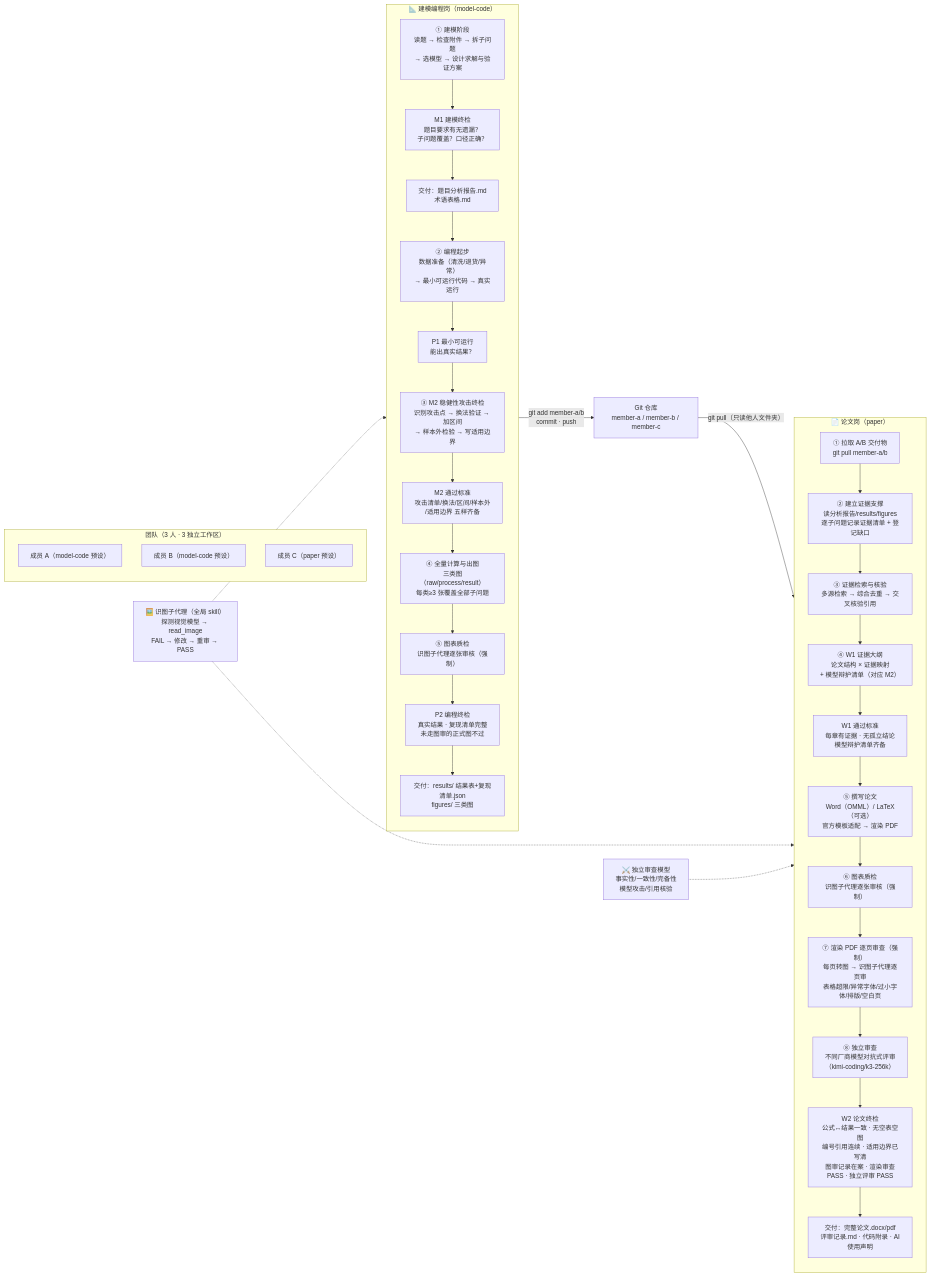
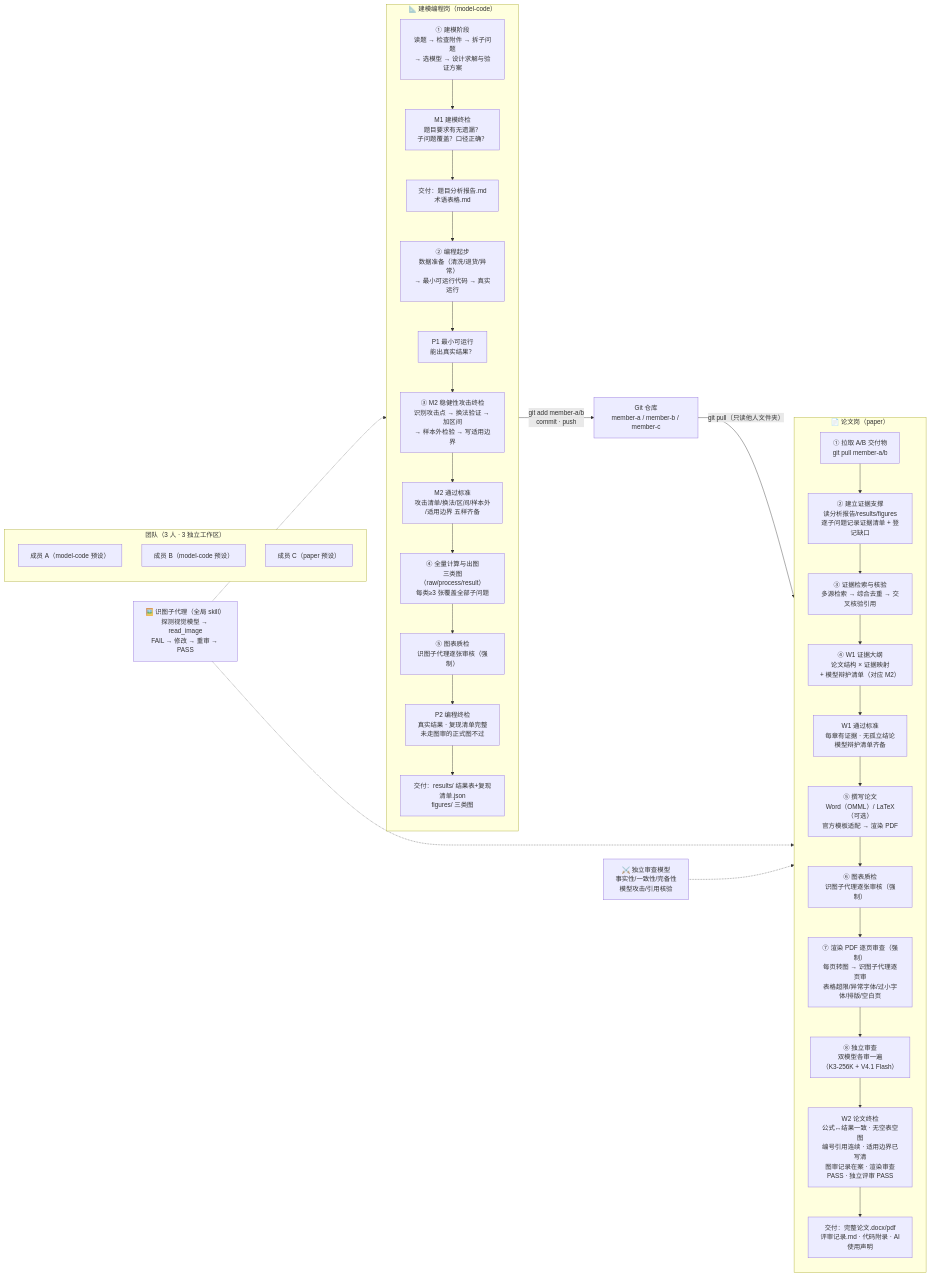
One commit to OrinVoss/dsh-math-team changed the diagram in README.md. Above: the diagram before and after it, drawn with Mermaid. The commit also changed other lines of this file and 1 other file, not shown here.

````diff
--- a/README.md
+++ b/README.md
@@ -106,49 +119,49 @@
 ```mermaid
 flowchart LR
     subgraph team["团队（3 人 · 3 独立工作区）"]
         direction TB
         A["成员 A（model-code 预设）"]
         B["成员 B（model-code 预设）"]
         C["成员 C（paper 预设）"]
     end
 
     subgraph mc["📐 建模编程岗（model-code）"]
         direction TB
         S1["① 建模阶段<br/>读题 → 检查附件 → 拆子问题<br/>→ 选模型 → 设计求解与验证方案"]
         G1["M1 建模终检<br/>题目要求有无遗漏？<br/>子问题覆盖？口径正确？"]
         D1["交付：题目分析报告.md<br/>术语表格.md"]
         S2["② 编程起步<br/>数据准备（清洗/退货/异常）<br/>→ 最小可运行代码 → 真实运行"]
         G2["P1 最小可运行<br/>能出真实结果？"]
         S3["③ M2 稳健性攻击终检<br/>识别攻击点 → 换法验证 → 加区间<br/>→ 样本外检验 → 写适用边界"]
         G3["M2 通过标准<br/>攻击清单/换法/区间/样本外<br/>/适用边界 五样齐备"]
         S4["④ 全量计算与出图<br/>三类图（raw/process/result）<br/>每类≥3 张覆盖全部子问题"]
         S5["⑤ 图表质检<br/>识图子代理逐张审核（强制）"]
         G4["P2 编程终检<br/>真实结果 · 复现清单完整<br/>未走图审的正式图不过"]
         D2["交付：results/ 结果表+复现清单.json<br/>figures/ 三类图"]
         S1 --> G1 --> D1 --> S2 --> G2 --> S3 --> G3 --> S4 --> S5 --> G4 --> D2
     end
 
     subgraph pp["📄 论文岗（paper）"]
         direction TB
         T1["① 拉取 A/B 交付物<br/>git pull member-a/b"]
         T2["② 建立证据支撑<br/>读分析报告/results/figures<br/>逐子问题记录证据清单 + 登记缺口"]
         T3["③ 证据检索与核验<br/>多源检索 → 综合去重 → 交叉核验引用"]
         T4["④ W1 证据大纲<br/>论文结构 × 证据映射<br/>+ 模型辩护清单（对应 M2）"]
         G5["W1 通过标准<br/>每章有证据 · 无孤立结论<br/>模型辩护清单齐备"]
         T5["⑤ 撰写论文<br/>Word（OMML）/ LaTeX（可选）<br/>官方模板适配 → 渲染 PDF"]
         T6["⑥ 图表质检<br/>识图子代理逐张审核（强制）"]
         T6b["⑦ 渲染 PDF 逐页审查（强制）<br/>每页转图 → 识图子代理逐页审<br/>表格超限/异常字体/过小字体/排版/空白页"]
-        T7["⑧ 独立审查<br/>不同厂商模型对抗式评审<br/>（kimi-coding/k3-256k）"]
+        T7["⑧ 独立审查<br/>双模型各审一遍<br/>（K3-256K + V4.1 Flash）"]
         G6["W2 论文终检<br/>公式↔结果一致 · 无空表空图<br/>编号引用连续 · 适用边界已写清<br/>图审记录在案 · 渲染审查PASS · 独立评审 PASS"]
         D3["交付：完整论文.docx/pdf<br/>评审记录.md · 代码附录 · AI使用声明"]
         T1 --> T2 --> T3 --> T4 --> G5 --> T5 --> T6 --> T6b --> T7 --> G6 --> D3
     end
 
     D2 -->|"git add member-a/b<br/>commit · push"| REPO["Git 仓库<br/>member-a / member-b / member-c"]
     REPO -->|"git pull（只读他人文件夹）"| T1
     V1["🖼️ 识图子代理（全局 skill）<br/>探测视觉模型 → read_image<br/>FAIL → 修改 → 重审 → PASS"]
     V2["⚔️ 独立审查模型<br/>事实性/一致性/完备性<br/>模型攻击/引用核验"]
     V1 -.-> S5
     V1 -.-> T6
     V2 -.-> T7
 ```
````
